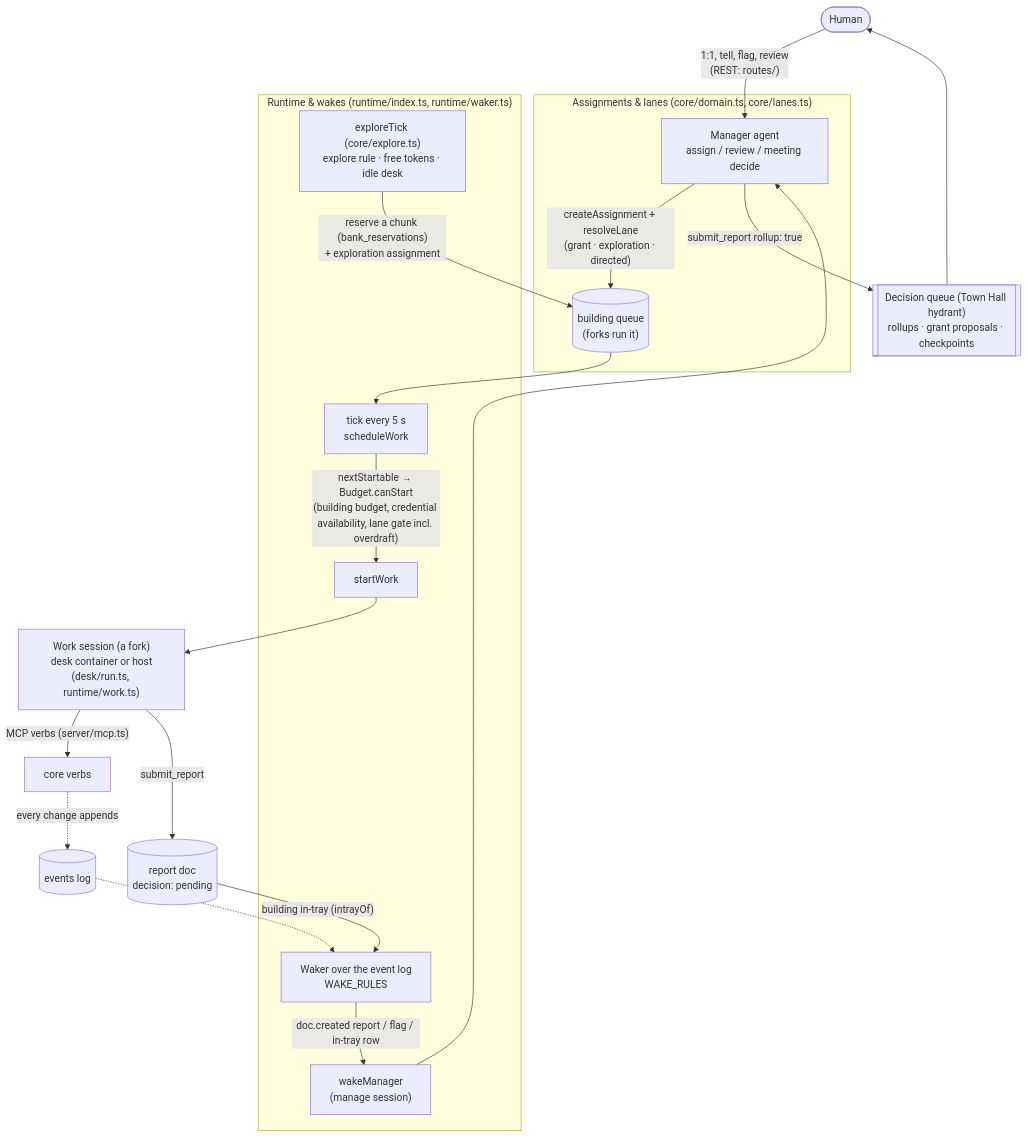
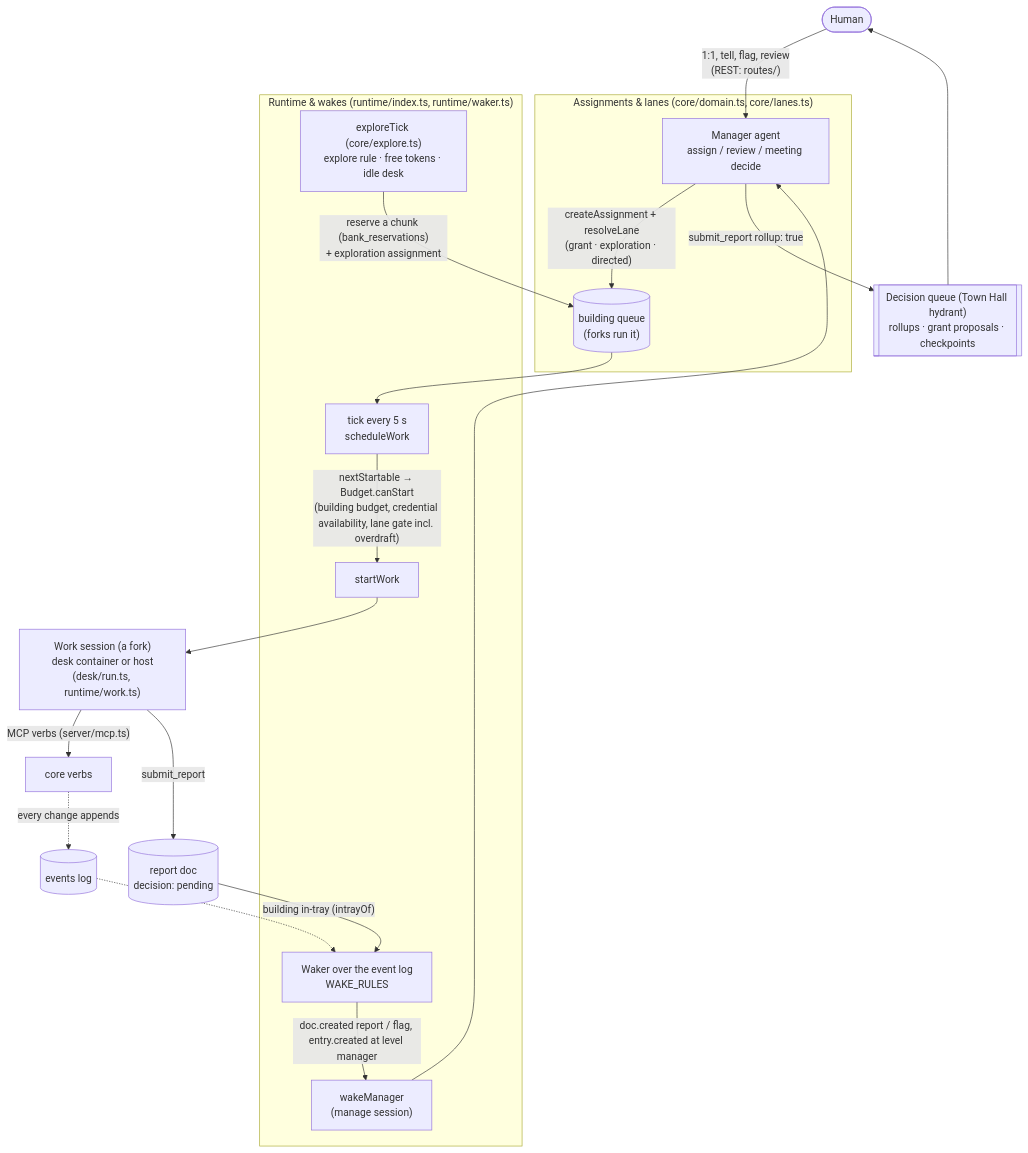
Before and after one commit to mitchellgordon95/muster-town: the first of 2 diagrams in docs/architecture.md, drawn with Mermaid. The commit also changed other lines of this file and 49 other files, not shown here.

First line of the commit message:
One loop: answer(entry) at code, manager and human levels; messages on the thread (plan dc_uwx045472m steps 5, 5b)

````diff
--- a/docs/architecture.md
+++ b/docs/architecture.md
@@ -37,22 +37,22 @@
 ```mermaid
 flowchart TD
   human([Human]) -->|"1:1, tell, flag, review<br/>(REST: routes/)"| mgr
   subgraph assign["Assignments & lanes (core/domain.ts, core/lanes.ts)"]
     mgr["Manager agent<br/>assign / review / meeting decide"] -->|"createAssignment + resolveLane<br/>(grant · exploration · directed)"| queue[("building queue<br/>(forks run it)")]
   end
   subgraph rt["Runtime & wakes (runtime/index.ts, runtime/waker.ts)"]
     tick["tick every 5 s<br/>scheduleWork"] -->|"nextStartable → Budget.canStart<br/>(building budget, credential availability, lane gate incl. overdraft)"| start["startWork"]
     explore["exploreTick (core/explore.ts)<br/>explore rule · free tokens · idle desk"] -->|"reserve a chunk (bank_reservations)<br/>+ exploration assignment"| queue
-    waker["Waker over the event log<br/>WAKE_RULES"] -->|"doc.created report / flag / in-tray row"| wm["wakeManager<br/>(manage session)"]
+    waker["Waker over the event log<br/>WAKE_RULES"] -->|"doc.created report / flag, entry.created at level manager"| wm["wakeManager<br/>(manage session)"]
   end
   queue --> tick
   start --> session["Work session (a fork)<br/>desk container or host<br/>(desk/run.ts, runtime/work.ts)"]
   session -->|"MCP verbs (server/mcp.ts)"| verbs["core verbs"]
   session -->|"submit_report"| report[("report doc<br/>decision: pending")]
   report -->|"building in-tray (intrayOf)"| waker
   wm --> mgr
   mgr -->|"submit_report rollup: true"| townhall[["Decision queue (Town Hall hydrant)<br/>rollups · grant proposals · checkpoints"]]
   townhall --> human
   verbs -.->|"every change appends"| events[("events log")]
   events -.-> waker
 ```
````
